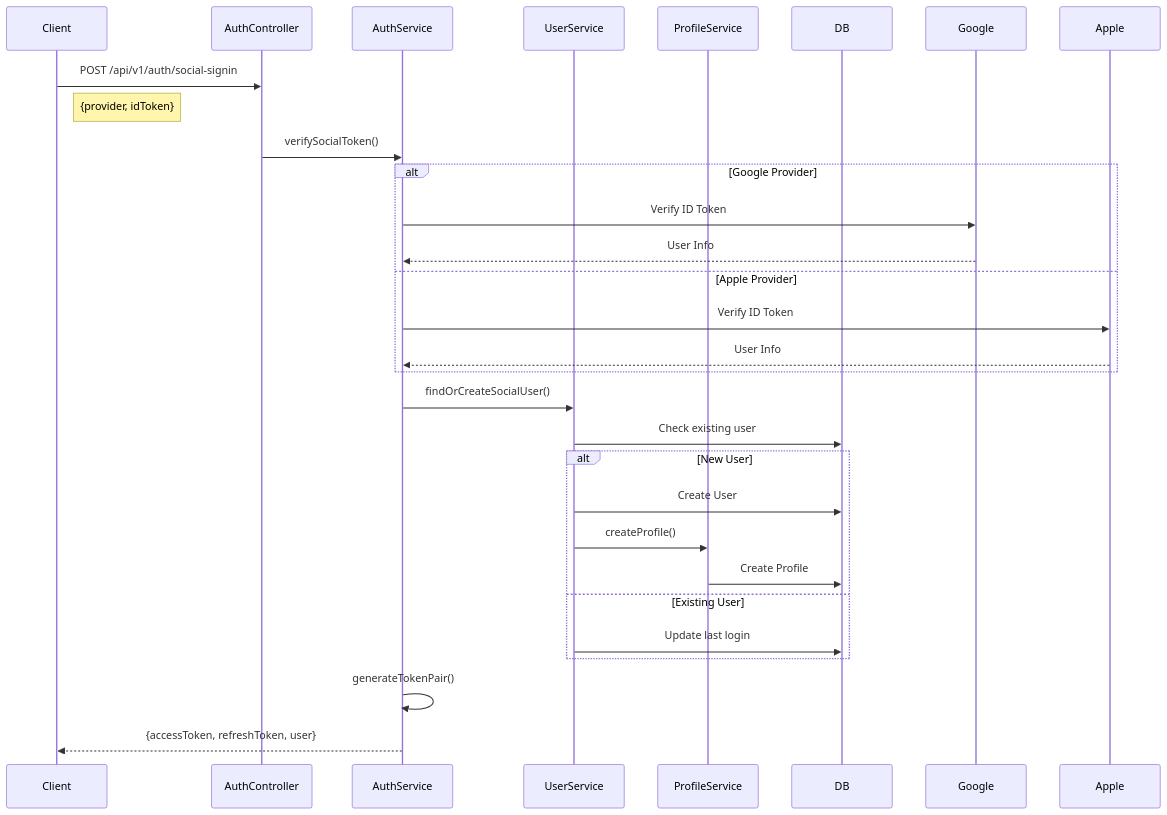
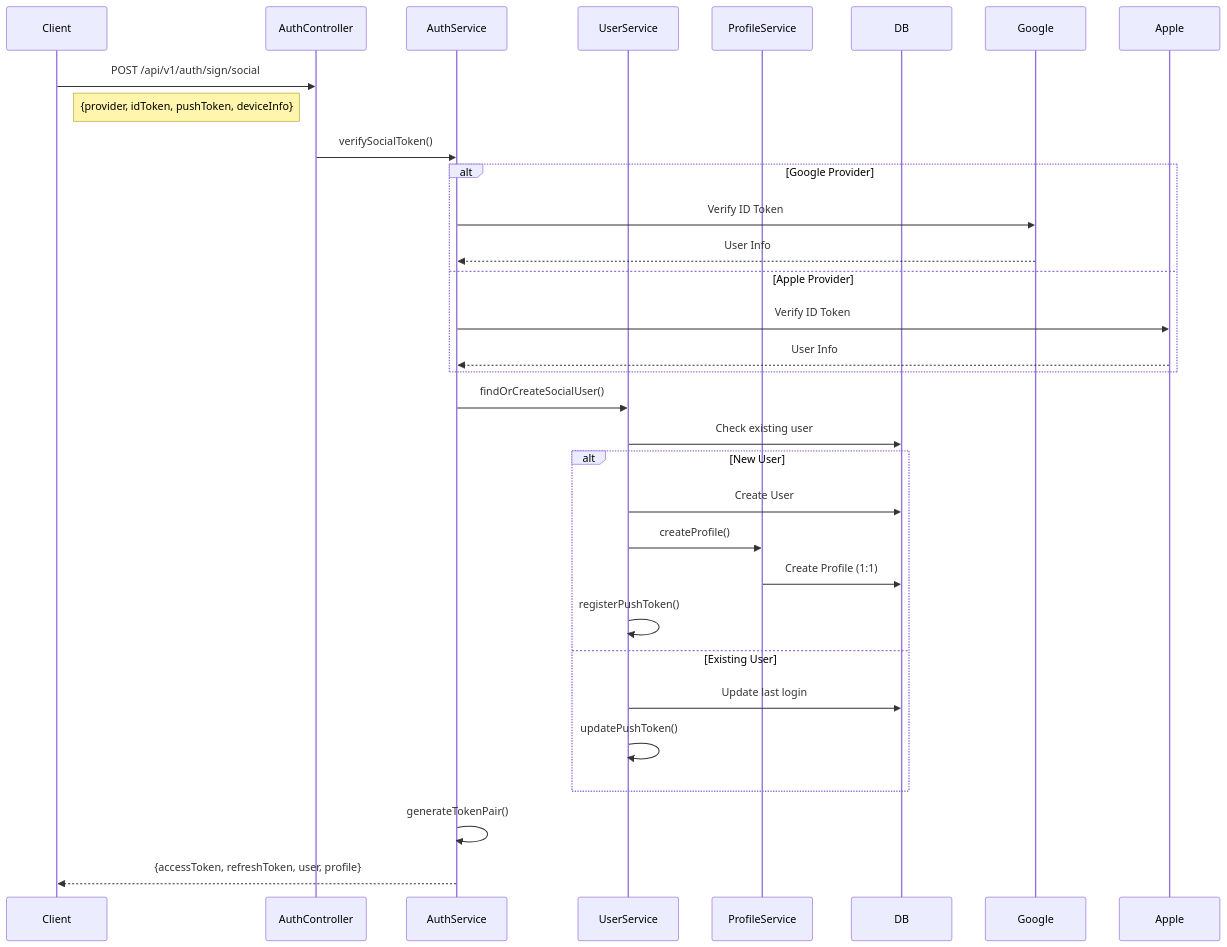
The first of 10 diagrams in .md/flow.md (maximizest/connecto-nest), drawn with Mermaid before and after one commit. The commit also changed other lines of this file, not shown here.

````diff
--- a/.md/flow.md
+++ b/.md/flow.md
@@ -26,35 +36,37 @@
 ```mermaid
 sequenceDiagram
     participant Client
     participant AuthController
     participant AuthService
     participant UserService
     participant ProfileService
     participant DB
     
-    Client->>AuthController: POST /api/v1/auth/social-signin
-    Note right of Client: {provider, idToken}
+    Client->>AuthController: POST /api/v1/auth/sign/social
+    Note right of Client: {provider, idToken, pushToken, deviceInfo}
     
     AuthController->>AuthService: verifySocialToken()
     alt Google Provider
         AuthService->>Google: Verify ID Token
         Google-->>AuthService: User Info
     else Apple Provider
         AuthService->>Apple: Verify ID Token
         Apple-->>AuthService: User Info
     end
     
     AuthService->>UserService: findOrCreateSocialUser()
     UserService->>DB: Check existing user
     
     alt New User
         UserService->>DB: Create User
         UserService->>ProfileService: createProfile()
-        ProfileService->>DB: Create Profile
+        ProfileService->>DB: Create Profile (1:1)
+        UserService->>UserService: registerPushToken()
     else Existing User
         UserService->>DB: Update last login
+        UserService->>UserService: updatePushToken()
     end
     
     AuthService->>AuthService: generateTokenPair()
-    AuthService-->>Client: {accessToken, refreshToken, user}
+    AuthService-->>Client: {accessToken, refreshToken, user, profile}
 ```
````
